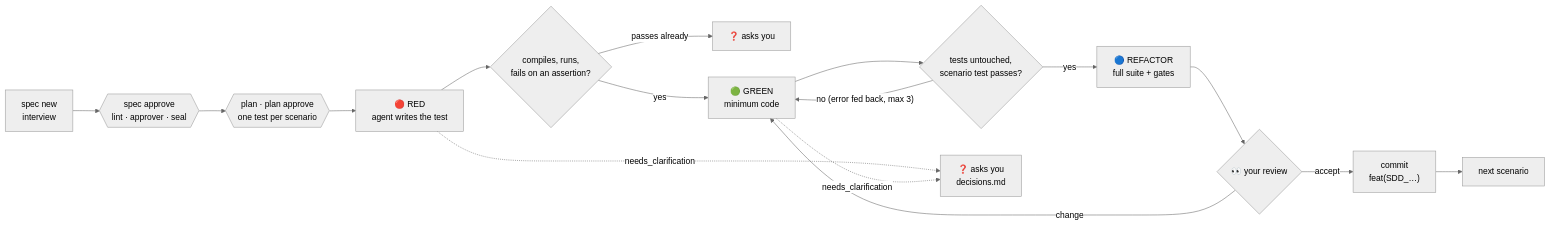
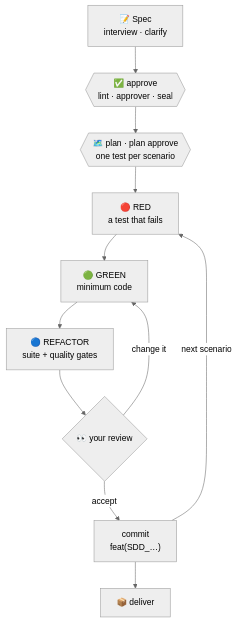
Before and after one commit to jefmonjor/specforge: the diagram in README.md, drawn with Mermaid (neutral theme). The commit also changed other lines of this file and 6 other files, not shown here.

````diff
--- a/README.md
+++ b/README.md
@@ -75,18 +180,13 @@
 ```mermaid
-flowchart LR
-    N["spec new<br/>interview"] --> A{{"spec approve<br/>lint · approver · seal"}}
-    A --> P{{"plan · plan approve<br/>one test per scenario"}}
-    P --> R["🔴 RED<br/>agent writes the test"]
-    R --> RV{"compiles, runs,<br/>fails on an assertion?"}
-    RV -- "passes already" --> Q1["❓ asks you"]
-    RV -- yes --> G["🟢 GREEN<br/>minimum code"]
-    G --> GV{"tests untouched,<br/>scenario test passes?"}
-    GV -- "no (error fed back, max 3)" --> G
-    GV -- yes --> F["🔵 REFACTOR<br/>full suite + gates"]
+flowchart TD
+    S["📝 Spec<br/>interview · clarify"] --> A{{"✅ approve<br/>lint · approver · seal"}}
+    A --> P{{"🗺️ plan · plan approve<br/>one test per scenario"}}
+    P --> R["🔴 RED<br/>a test that fails"]
+    R --> G["🟢 GREEN<br/>minimum code"]
+    G --> F["🔵 REFACTOR<br/>suite + quality gates"]
     F --> V{"👀 your review"}
-    V -- "change" --> G
-    V -- "accept" --> CM["commit<br/>feat(SDD_…)"]
-    CM --> NX["next scenario"]
-    R -. "needs_clarification" .-> Q2["❓ asks you<br/>decisions.md"]
-    G -. "needs_clarification" .-> Q2
+    V -- "change it" --> G
+    V -- "accept" --> C["commit<br/>feat(SDD_…)"]
+    C -- "next scenario" --> R
+    C --> D["📦 deliver"]
 ```
````
